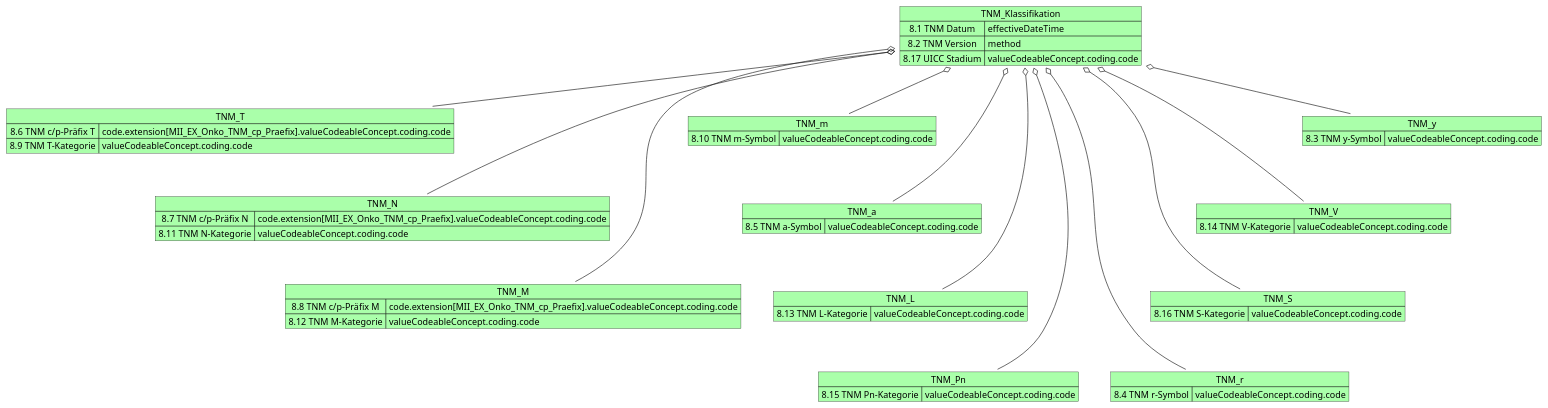
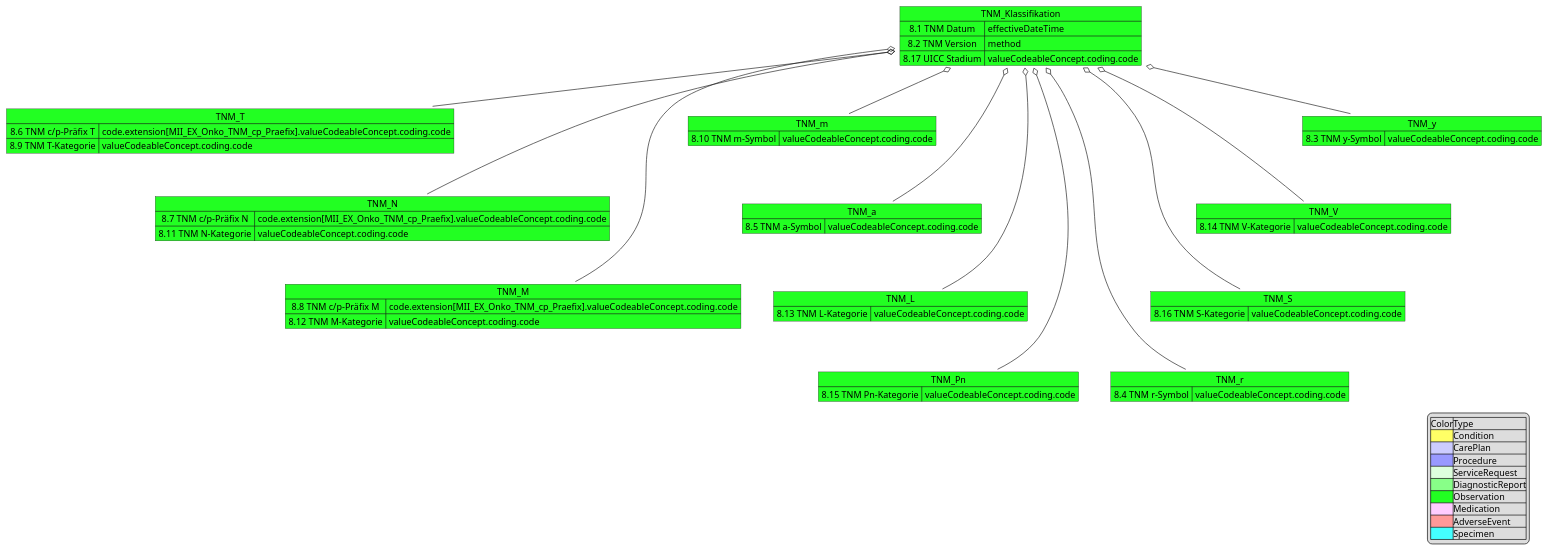
One commit to medizininformatik-initiative/kerndatensatzmodul-onkologie changed the diagram in information_model/MII_Onko_08_TNM.pu. Above: the diagram before and after it, drawn with PlantUML. The commit also changed 8 other files, not shown here.

```diff
--- a/information_model/MII_Onko_08_TNM.pu
+++ b/information_model/MII_Onko_08_TNM.pu
@@ -1,58 +1,71 @@
-@startuml MII KDS Erweiterungsmodul Onkologie
-
-Map TNM_Klassifikation #AAFFAA {
+@startuml MII_Onko_08_TNM
+Map TNM_Klassifikation #22FF22 {
   8.1 TNM Datum  => effectiveDateTime 
   8.2 TNM Version =>method 
   8.17 UICC Stadium => valueCodeableConcept.coding.code
 }
    
-Map TNM_T #AAFFAA{
+Map TNM_T #22FF22{
     8.6 TNM c/p-Präfix T => code.extension[MII_EX_Onko_TNM_cp_Praefix].valueCodeableConcept.coding.code
     8.9 TNM T-Kategorie => valueCodeableConcept.coding.code
    }
 
 TNM_Klassifikation o-- TNM_T
-Map TNM_N #AAFFAA{
+Map TNM_N #22FF22{
     8.7 TNM c/p-Präfix N => code.extension[MII_EX_Onko_TNM_cp_Praefix].valueCodeableConcept.coding.code
     8.11 TNM N-Kategorie => valueCodeableConcept.coding.code
    }
 TNM_Klassifikation o--- TNM_N
-Map TNM_M #AAFFAA{
+Map TNM_M #22FF22{
     8.8 TNM c/p-Präfix M => code.extension[MII_EX_Onko_TNM_cp_Praefix].valueCodeableConcept.coding.code
     8.12 TNM M-Kategorie => valueCodeableConcept.coding.code
    }
 TNM_Klassifikation o---- TNM_M
-Map TNM_m #AAFFAA{
+Map TNM_m #22FF22{
     8.10 TNM m-Symbol => valueCodeableConcept.coding.code
 }
 TNM_Klassifikation o-- TNM_m
-Map TNM_a #AAFFAA{
+Map TNM_a #22FF22{
     8.5 TNM a-Symbol => valueCodeableConcept.coding.code
 }
 TNM_Klassifikation o--- TNM_a
-Map TNM_L #AAFFAA{
+Map TNM_L #22FF22{
     8.13 TNM L-Kategorie => valueCodeableConcept.coding.code
 }
 TNM_Klassifikation o---- TNM_L
-Map TNM_Pn #AAFFAA{
+Map TNM_Pn #22FF22{
     8.15 TNM Pn-Kategorie => valueCodeableConcept.coding.code
 }
 TNM_Klassifikation o----- TNM_Pn
-Map TNM_r #AAFFAA{
+Map TNM_r #22FF22{
     8.4 TNM r-Symbol => valueCodeableConcept.coding.code
 }
 TNM_Klassifikation o----- TNM_r
-Map TNM_S #AAFFAA{
+Map TNM_S #22FF22{
     8.16 TNM S-Kategorie => valueCodeableConcept.coding.code
 }
 TNM_Klassifikation o---- TNM_S
-Map TNM_V #AAFFAA{
+Map TNM_V #22FF22{
     8.14 TNM V-Kategorie => valueCodeableConcept.coding.code
 }
 TNM_Klassifikation o--- TNM_V
-Map TNM_y #AAFFAA{
+Map TNM_y #22FF22{
     8.3 TNM y-Symbol => valueCodeableConcept.coding.code
 }
 TNM_Klassifikation o-- TNM_y
 
+legend right 
+|Color|Type|
+|<#FFFF66>|Condition|
+|<#CCCCFF>|CarePlan|
+|<#9999FF>|Procedure|
+|<#DDFFDD>|ServiceRequest|
+|<#88FF88>|DiagnosticReport|
+|<#22FF22>|Observation|
+|<#FFCCFF>|Medication|
+|<#FF9999>|AdverseEvent|
+|<#44FFFF>|Specimen|
+endlegend
+
+
 @enduml
```
